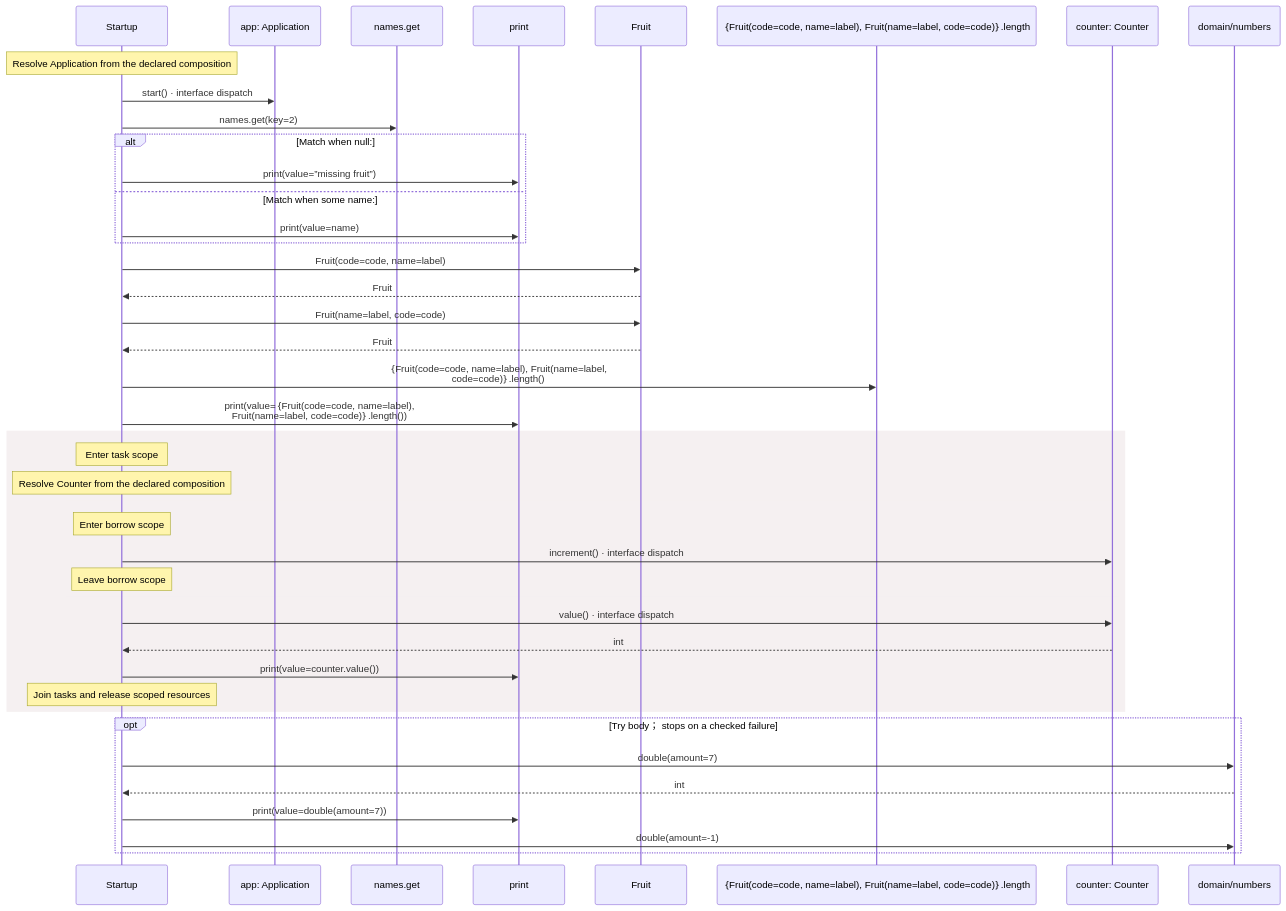
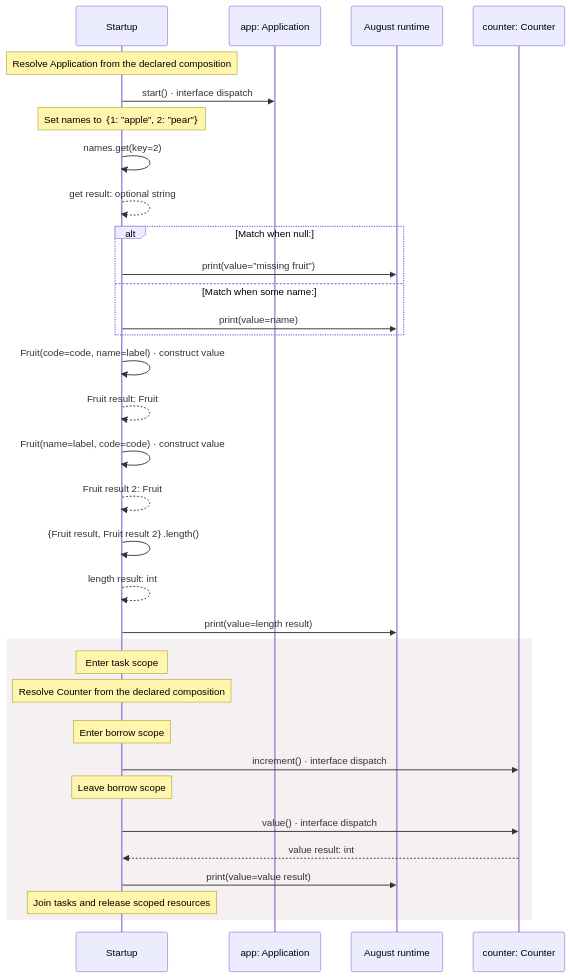
One commit to GreenPandaStudios/augscript changed the second of 3 diagrams in docs/examples/approved-design/main-diagrams.md. Above: the diagram before and after it, drawn with Mermaid. The commit also changed other lines of this file and 304 other files, not shown here.

Commit message:
Make generated data-flow sequences concise and review every diagram

````diff
--- a/docs/examples/approved-design/main-diagrams.md
+++ b/docs/examples/approved-design/main-diagrams.md
@@ -61,44 +42,37 @@
 ```mermaid
 sequenceDiagram
     participant p0 as Startup
     participant p1 as app: Application
-    participant p2 as names.get
-    participant p3 as print
-    participant p4 as Fruit
-    participant p5 as ｛Fruit(code=code, name=label), Fruit(name=label, code=code)｝.length
-    participant p6 as counter: Counter
-    participant p7 as domain/numbers
+    participant p2 as August runtime
+    participant p3 as counter: Counter
     Note over p0: Resolve Application from the declared composition
     p0->>p1: start() · interface dispatch
-    p0->>p2: names.get(key=2)
+    Note over p0: Set names to ｛1: ”apple”, 2: ”pear”｝
+    p0->>p0: names.get(key=2)
+    p0-->>p0: get result: optional string
     alt Match when null:
-    p0->>p3: print(value=”missing fruit”)
+    p0->>p2: print(value=”missing fruit”)
     else Match when some name:
-    p0->>p3: print(value=name)
+    p0->>p2: print(value=name)
     end
-    p0->>p4: Fruit(code=code, name=label)
-    p4-->>p0: Fruit
-    p0->>p4: Fruit(name=label, code=code)
-    p4-->>p0: Fruit
-    p0->>p5: ｛Fruit(code=code, name=label), Fruit(name=label,<br/>code=code)｝.length()
-    p0->>p3: print(value=｛Fruit(code=code, name=label),<br/>Fruit(name=label, code=code)｝.length())
+    p0->>p0: Fruit(code=code, name=label) · construct value
+    p0-->>p0: Fruit result: Fruit
+    p0->>p0: Fruit(name=label, code=code) · construct value
+    p0-->>p0: Fruit result 2: Fruit
+    p0->>p0: ｛Fruit result, Fruit result 2｝.length()
+    p0-->>p0: length result: int
+    p0->>p2: print(value=length result)
     rect rgb(245, 240, 241)
     Note over p0: Enter task scope
     Note over p0: Resolve Counter from the declared composition
     rect rgb(245, 240, 241)
     Note over p0: Enter borrow scope
-    p0->>p6: increment() · interface dispatch
+    p0->>p3: increment() · interface dispatch
     Note over p0: Leave borrow scope
     end
-    p0->>p6: value() · interface dispatch
-    p6-->>p0: int
-    p0->>p3: print(value=counter.value())
+    p0->>p3: value() · interface dispatch
+    p3-->>p0: value result: int
+    p0->>p2: print(value=value result)
     Note over p0: Join tasks and release scoped resources
     end
-    opt Try body； stops on a checked failure
-    p0->>p7: double(amount=7)
-    p7-->>p0: int
-    p0->>p3: print(value=double(amount=7))
-    p0->>p7: double(amount=-1)
-    end
 ```
````
